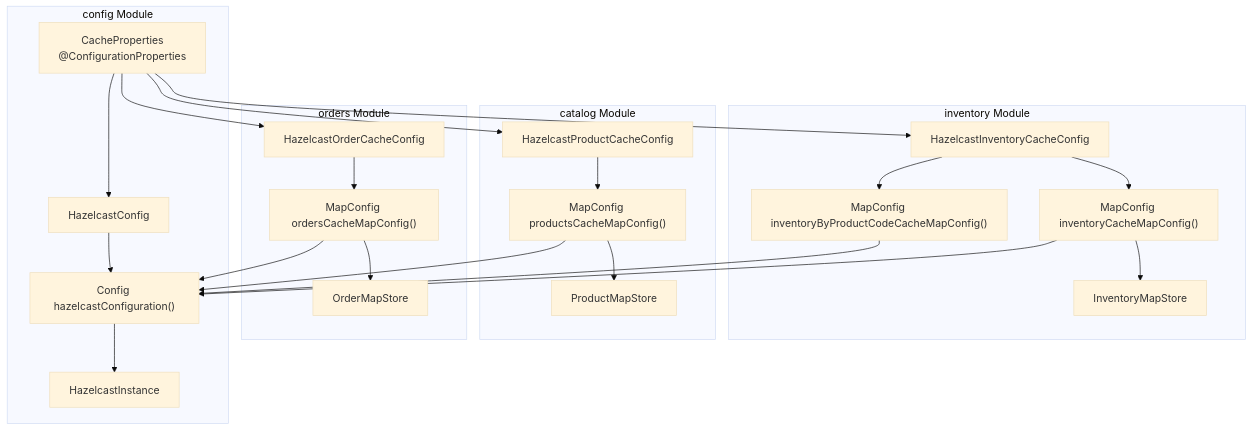
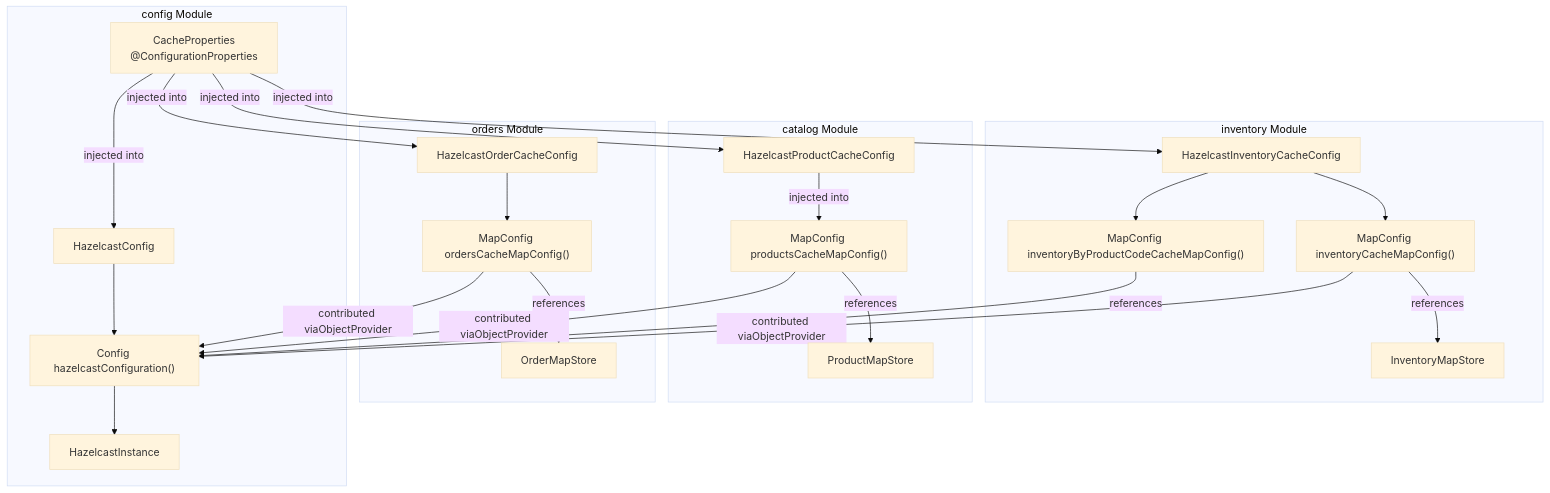
Before and after one commit to philipz/spring-modular-monolith: the first of 3 diagrams in docs/deepwiki/Cache-Configuration-and-MapConfigs.md, drawn with Mermaid (base theme). The commit also changed other lines of this file and 55 other files, not shown here.

````diff
--- a/docs/deepwiki/Cache-Configuration-and-MapConfigs.md
+++ b/docs/deepwiki/Cache-Configuration-and-MapConfigs.md
@@ -34,62 +34,62 @@
 ```mermaid
 flowchart TD
 
 HZConfig["HazelcastConfig"]
 Props["CacheProperties<br>@ConfigurationProperties"]
 MainConfig["Config hazelcastConfiguration()"]
 HZInstance["HazelcastInstance"]
 OrdersConfig["HazelcastOrderCacheConfig"]
 OrdersMapConfig["MapConfig ordersCacheMapConfig()"]
 OrderMapStore["OrderMapStore"]
 CatalogConfig["HazelcastProductCacheConfig"]
 ProductsMapConfig["MapConfig productsCacheMapConfig()"]
 ProductMapStore["ProductMapStore"]
 InventoryConfig["HazelcastInventoryCacheConfig"]
 InventoryMapConfig["MapConfig inventoryCacheMapConfig()"]
 InventoryIndexMapConfig["MapConfig inventoryByProductCodeCacheMapConfig()"]
 InventoryMapStore["InventoryMapStore"]
 
-Props --> OrdersConfig
-Props --> CatalogConfig
-Props --> InventoryConfig
-OrdersMapConfig --> MainConfig
-ProductsMapConfig --> MainConfig
-InventoryMapConfig --> MainConfig
-InventoryIndexMapConfig --> MainConfig
+Props -->|"injected into"| OrdersConfig
+Props -->|"injected into"| CatalogConfig
+Props -->|"injected into"| InventoryConfig
+OrdersMapConfig -->|"contributed viaObjectProvider"| MainConfig
+ProductsMapConfig -->|"contributed viaObjectProvider"| MainConfig
+InventoryMapConfig -->|"contributed viaObjectProvider"| MainConfig
+InventoryIndexMapConfig -->|"references"| MainConfig
 
 subgraph subGraph3 ["inventory Module"]
     InventoryConfig
     InventoryMapConfig
     InventoryIndexMapConfig
     InventoryMapStore
     InventoryConfig --> InventoryMapConfig
     InventoryConfig --> InventoryIndexMapConfig
-    InventoryMapConfig --> InventoryMapStore
+    InventoryMapConfig -->|"references"| InventoryMapStore
 end
 
 subgraph subGraph2 ["catalog Module"]
     CatalogConfig
     ProductsMapConfig
     ProductMapStore
-    CatalogConfig --> ProductsMapConfig
-    ProductsMapConfig --> ProductMapStore
+    CatalogConfig -->|"injected into"| ProductsMapConfig
+    ProductsMapConfig -->|"references"| ProductMapStore
 end
 
 subgraph subGraph1 ["orders Module"]
     OrdersConfig
     OrdersMapConfig
     OrderMapStore
     OrdersConfig --> OrdersMapConfig
-    OrdersMapConfig --> OrderMapStore
+    OrdersMapConfig -->|"references"| OrderMapStore
 end
 
 subgraph subGraph0 ["config Module"]
     HZConfig
     Props
     MainConfig
     HZInstance
-    Props --> HZConfig
+    Props -->|"injected into"| HZConfig
     MainConfig --> HZInstance
     HZConfig --> MainConfig
 end
 ```
````
